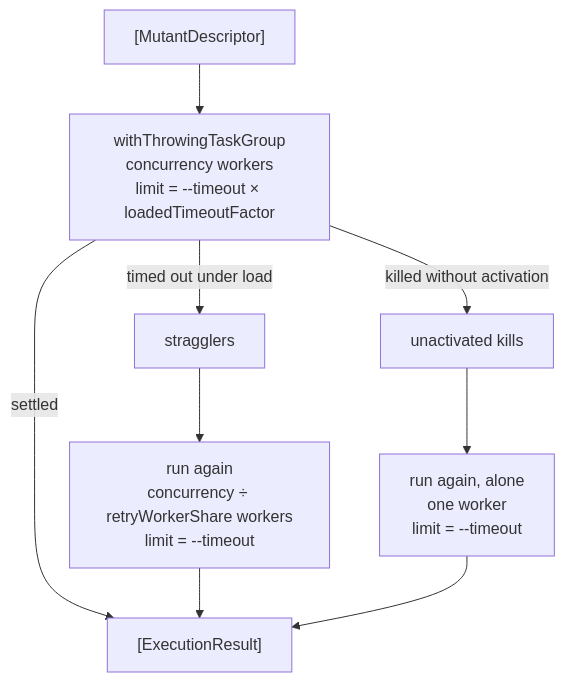
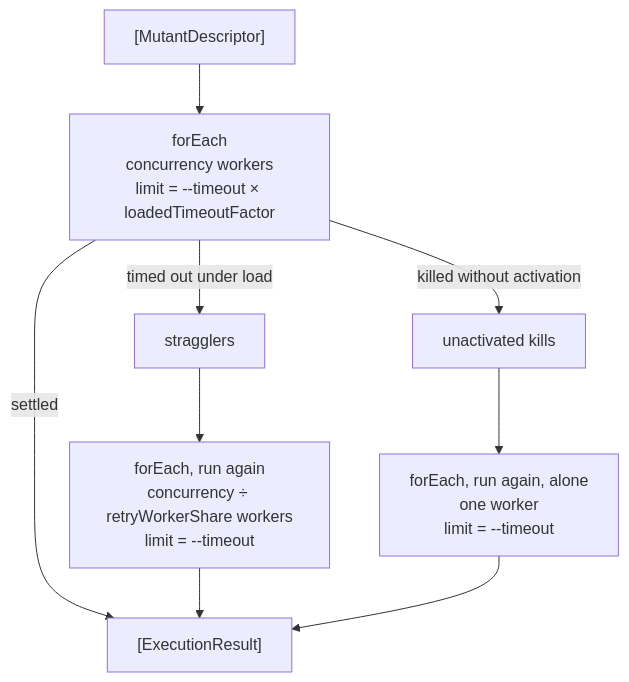
One commit to ericodx/swift-mutation-testing changed the third of 6 diagrams in Docs/CodeBase/07-execution.md. Above: the diagram before and after it, drawn with Mermaid. The commit also changed other lines of this file and 2 other files, not shown here.

Commit message:
docs: bring the CodeBase pages for schematization, sandbox build and execution in line with the sources and fix their diagrams

````diff
--- a/Docs/CodeBase/07-execution.md
+++ b/Docs/CodeBase/07-execution.md
@@ -300,11 +317,11 @@
 ```mermaid
 flowchart TD
-    MUTANTS["[MutantDescriptor]"] --> GROUP["withThrowingTaskGroup\nconcurrency workers\nlimit = --timeout × loadedTimeoutFactor"]
+    MUTANTS["[MutantDescriptor]"] --> GROUP["forEach<br>concurrency workers<br>limit = --timeout × loadedTimeoutFactor"]
     GROUP -- settled --> RESULTS["[ExecutionResult]"]
-    GROUP -- timed out under load --> STRAGGLERS[stragglers]
-    STRAGGLERS --> AGAIN["run again\nconcurrency ÷ retryWorkerShare workers\nlimit = --timeout"]
+    GROUP -- "timed out under load" --> STRAGGLERS["stragglers"]
+    STRAGGLERS --> AGAIN["forEach, run again<br>concurrency ÷ retryWorkerShare workers<br>limit = --timeout"]
     AGAIN --> RESULTS
-    GROUP -- killed without activation --> UNACTIVATED[unactivated kills]
-    UNACTIVATED --> ALONE["run again, alone\none worker\nlimit = --timeout"]
+    GROUP -- "killed without activation" --> UNACTIVATED["unactivated kills"]
+    UNACTIVATED --> ALONE["forEach, run again, alone<br>one worker<br>limit = --timeout"]
     ALONE --> RESULTS
 ```
````
